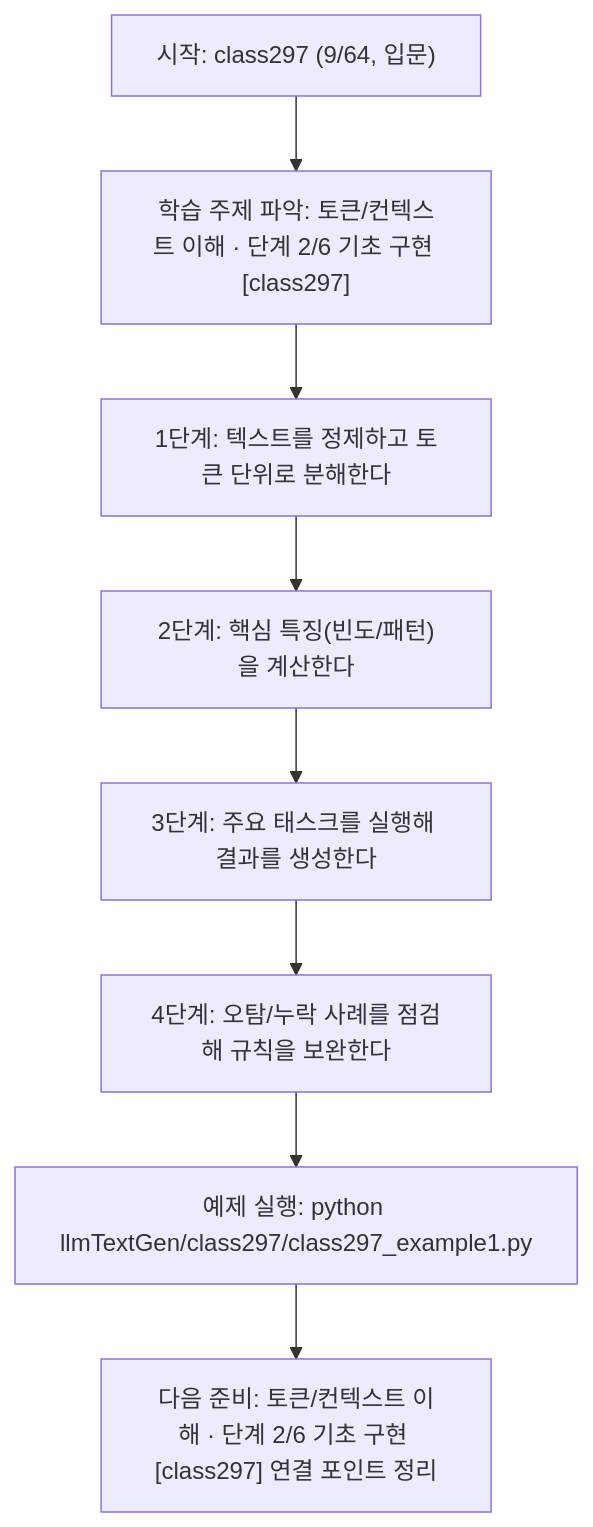
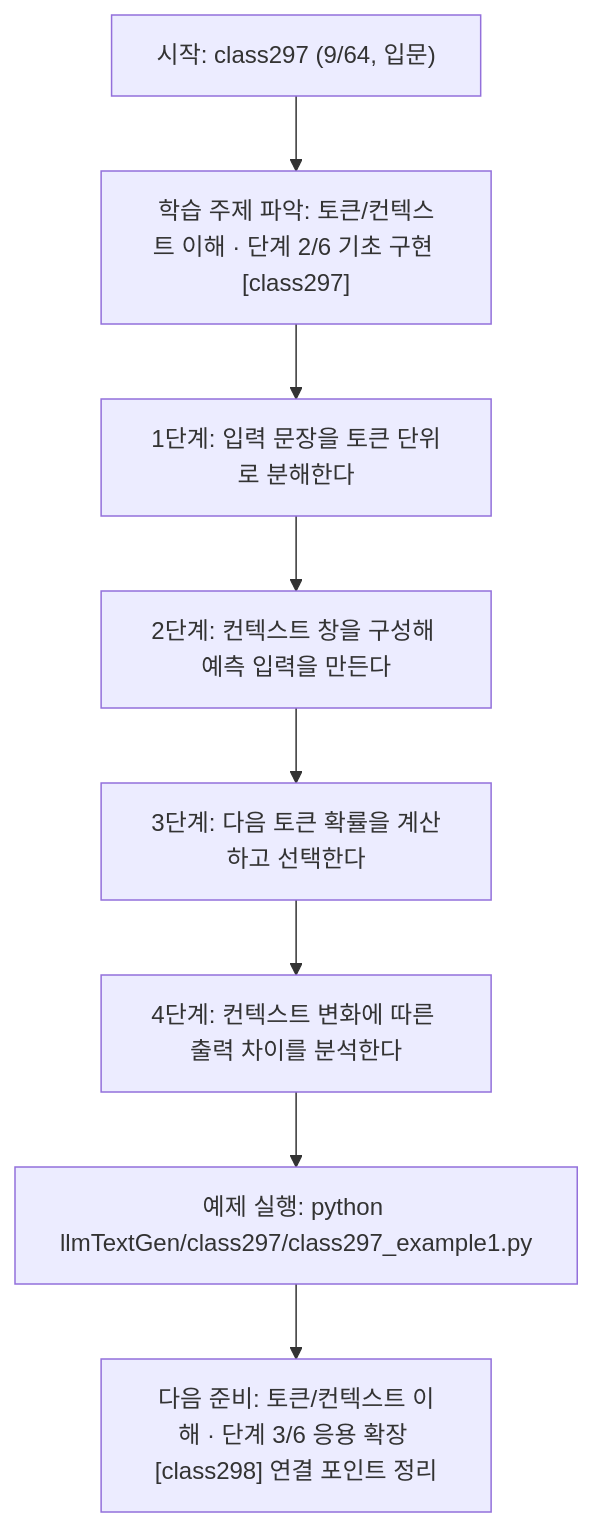
Before and after one commit to edumgt/Python-AI_Agent-Class: the diagram in llmTextGen/class297/class297.md, drawn with Mermaid. The commit also changed other lines of this file and 451 other files, not shown here.

````diff
--- a/llmTextGen/class297/class297.md
+++ b/llmTextGen/class297/class297.md
@@ -114,18 +95,18 @@
 ```mermaid
 flowchart TD
 N1["시작: class297 (9/64, 입문)"]
 N2["학습 주제 파악: 토큰/컨텍스트 이해 · 단계 2/6 기초 구현 [class297]"]
-N3["1단계: 텍스트를 정제하고 토큰 단위로 분해한다"]
-N4["2단계: 핵심 특징(빈도/패턴)을 계산한다"]
-N5["3단계: 주요 태스크를 실행해 결과를 생성한다"]
-N6["4단계: 오탐/누락 사례를 점검해 규칙을 보완한다"]
+N3["1단계: 입력 문장을 토큰 단위로 분해한다"]
+N4["2단계: 컨텍스트 창을 구성해 예측 입력을 만든다"]
+N5["3단계: 다음 토큰 확률을 계산하고 선택한다"]
+N6["4단계: 컨텍스트 변화에 따른 출력 차이를 분석한다"]
 N7["예제 실행: python llmTextGen/class297/class297_example1.py"]
-N8["다음 준비: 토큰/컨텍스트 이해 · 단계 2/6 기초 구현 [class297] 연결 포인트 정리"]
+N8["다음 준비: 토큰/컨텍스트 이해 · 단계 3/6 응용 확장 [class298] 연결 포인트 정리"]
 N1 --> N2
 N2 --> N3
 N3 --> N4
 N4 --> N5
 N5 --> N6
 N6 --> N7
 N7 --> N8
 ```
````
